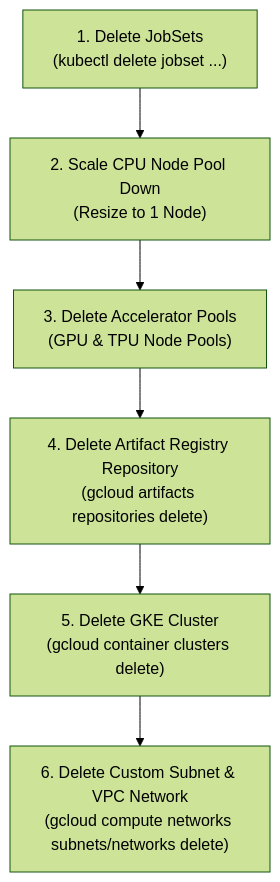
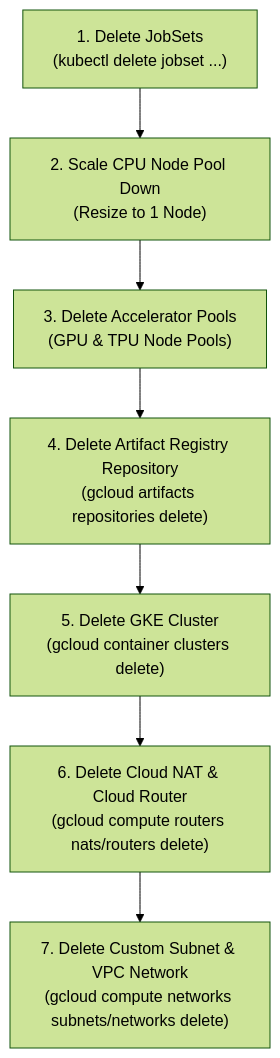
One commit to goabego/Travolta_Multinode_Training changed the ninth of 9 diagrams in ARCHITECTURE.md. Above: the diagram before and after it, drawn with Mermaid (forest theme). The commit also changed other lines of this file, not shown here.

Commit message:
docs: update ARCHITECTURE.md with Cloud NAT egress, TPU v5e slice topology, and strict teardown flow

````diff
--- a/ARCHITECTURE.md
+++ b/ARCHITECTURE.md
@@ -209,8 +214,9 @@
 ```mermaid
 flowchart TD
     Step1["1. Delete JobSets\n(kubectl delete jobset ...)"] --> Step2["2. Scale CPU Node Pool Down\n(Resize to 1 Node)"]
     Step2 --> Step3["3. Delete Accelerator Pools\n(GPU & TPU Node Pools)"]
     Step3 --> Step4["4. Delete Artifact Registry Repository\n(gcloud artifacts repositories delete)"]
     Step4 --> Step5["5. Delete GKE Cluster\n(gcloud container clusters delete)"]
-    Step5 --> Step6["6. Delete Custom Subnet & VPC Network\n(gcloud compute networks subnets/networks delete)"]
+    Step5 --> Step6["6. Delete Cloud NAT & Cloud Router\n(gcloud compute routers nats/routers delete)"]
+    Step6 --> Step7["7. Delete Custom Subnet & VPC Network\n(gcloud compute networks subnets/networks delete)"]
 ```
````
